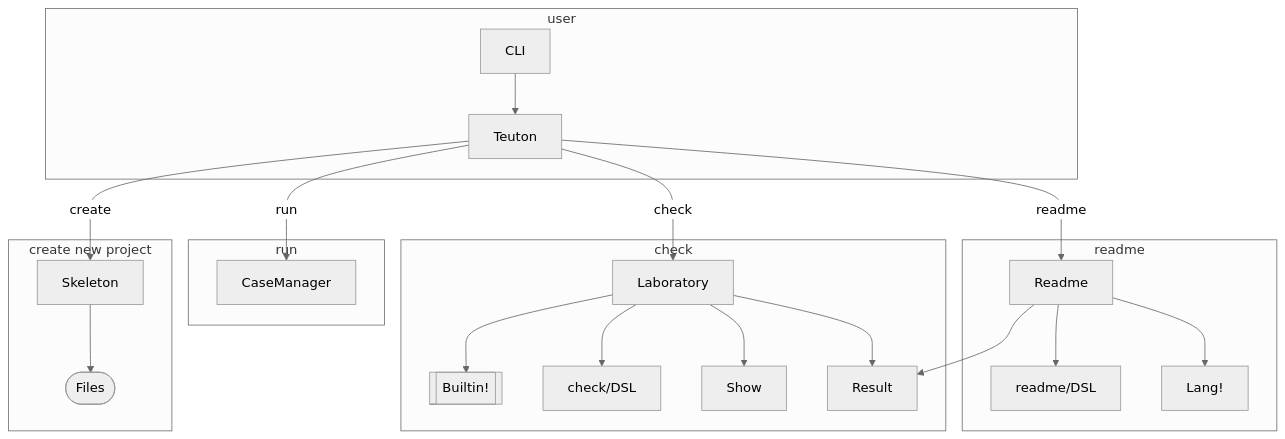
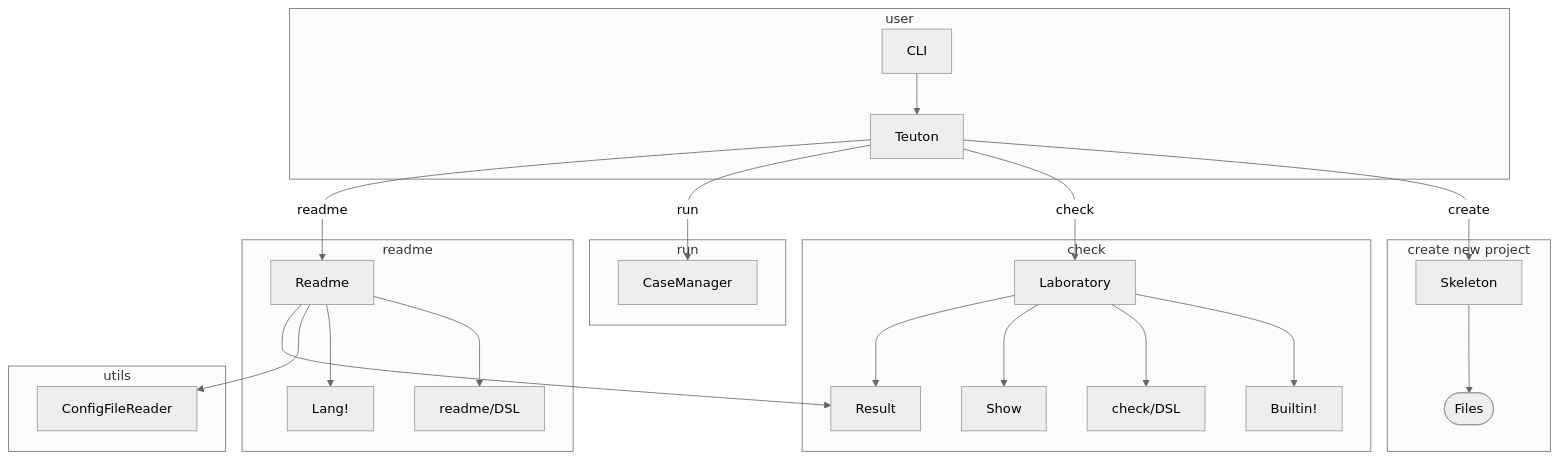
One commit to teuton-software/teuton changed the diagram in docs/diagram.md. Above: the diagram before and after it, drawn with Mermaid (neutral theme).

````diff
--- a/docs/diagram.md
+++ b/docs/diagram.md
@@ -5,31 +5,35 @@
 ```mermaid
 flowchart TB
 
 subgraph user
   CLI --> Teuton
 end
 
 subgraph "create new project"
   Teuton -- create --> Skeleton
   Skeleton --> Files([Files])
 end
 
 subgraph check
   Teuton -- check --> Laboratory
-  Laboratory --> Builtin[[Builtin!]]
+  Laboratory --> Builtin!
   Laboratory --> check/DSL
   Laboratory --> Show  
   Laboratory --> Result
 end
 
 subgraph run
   Teuton -- run --> CaseManager
 end
 
 subgraph readme
   Teuton -- readme --> Readme
   Readme --> readme/DSL
   Readme --> Lang!  
+end
+
+subgraph utils
+  Readme --> ConfigFileReader
   Readme --> Result
 end
 ```
````
